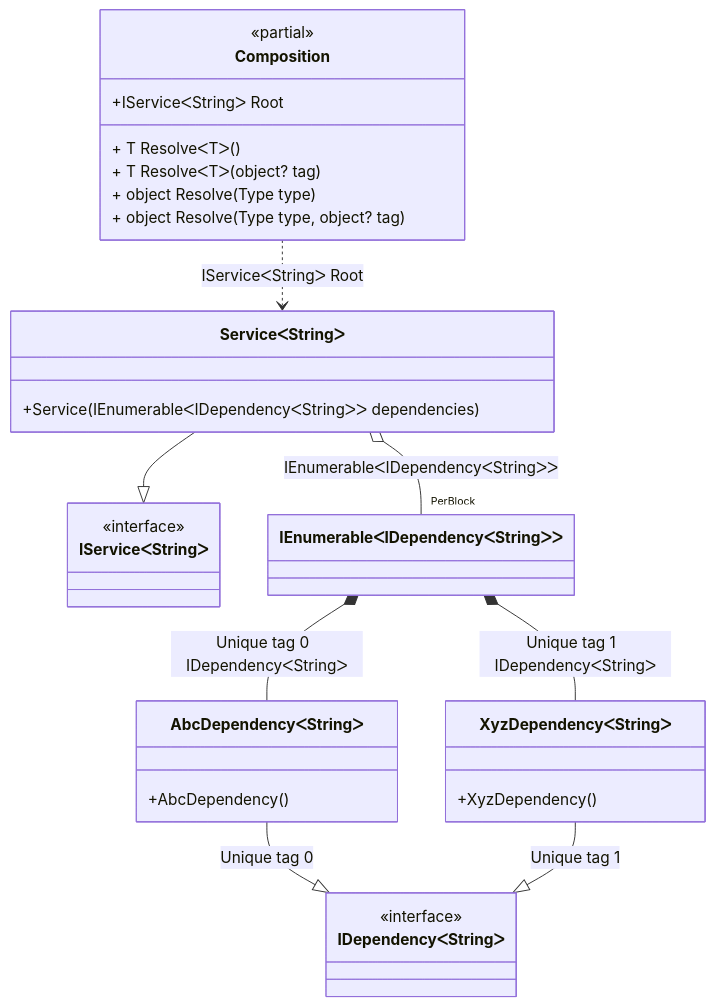
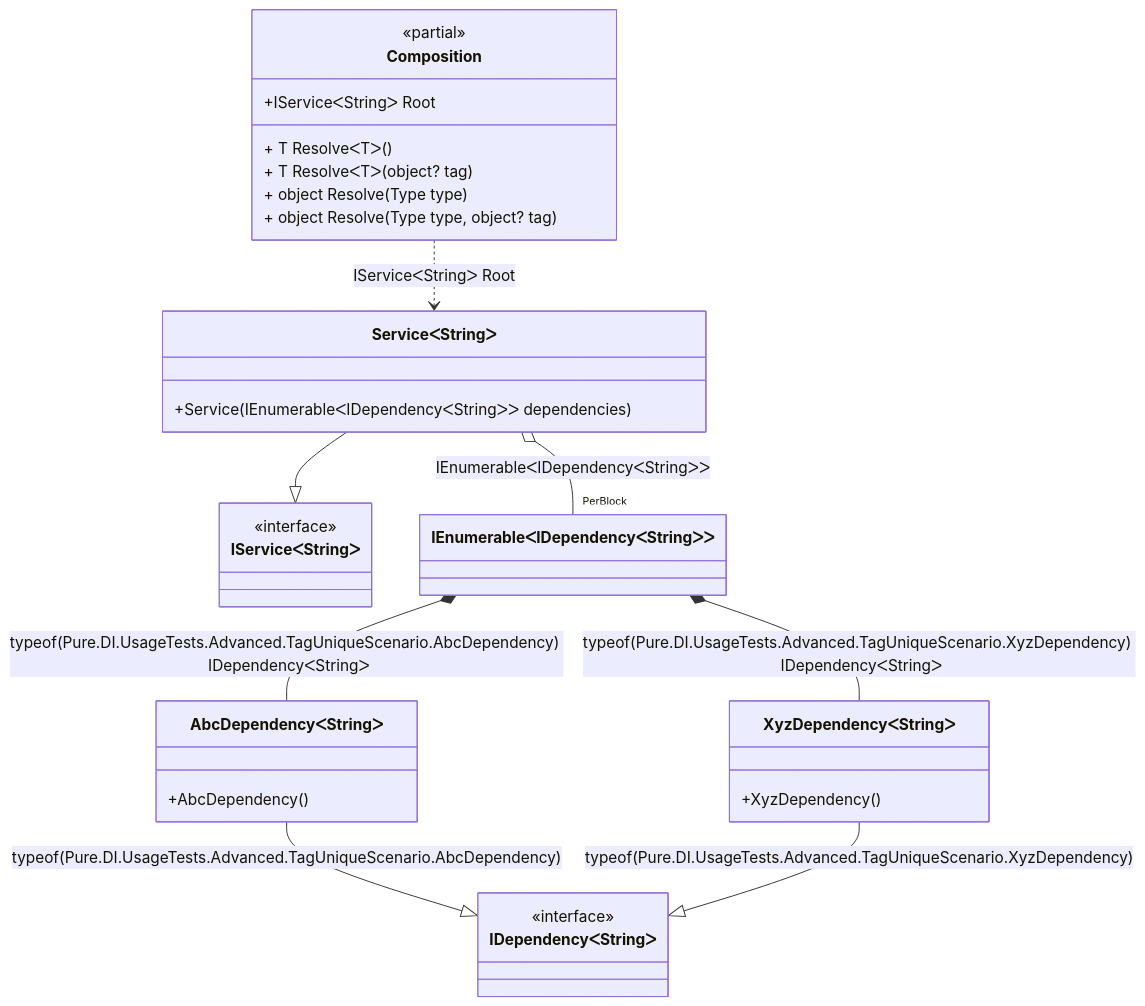
The diagram in readme/tag-unique.md (DevTeam/Pure.DI), drawn with Mermaid before and after one commit. The commit also changed 48 other files, not shown here.

````diff
--- a/readme/tag-unique.md
+++ b/readme/tag-unique.md
@@ -191,34 +191,34 @@
 ```mermaid
 classDiagram
 	class Composition {
 		<<partial>>
 		+IServiceᐸStringᐳ Root
 		+ T ResolveᐸTᐳ()
 		+ T ResolveᐸTᐳ(object? tag)
 		+ object Resolve(Type type)
 		+ object Resolve(Type type, object? tag)
 	}
 	ServiceᐸStringᐳ --|> IServiceᐸStringᐳ
 	class ServiceᐸStringᐳ {
 		+Service(IEnumerableᐸIDependencyᐸStringᐳᐳ dependencies)
 	}
 	class IEnumerableᐸIDependencyᐸStringᐳᐳ
-	AbcDependencyᐸStringᐳ --|> IDependencyᐸStringᐳ : Unique tag 0 
+	AbcDependencyᐸStringᐳ --|> IDependencyᐸStringᐳ : typeof(Pure.DI.UsageTests.Advanced.TagUniqueScenario.AbcDependency<Pure.DI.TT>) 
 	class AbcDependencyᐸStringᐳ {
 		+AbcDependency()
 	}
-	XyzDependencyᐸStringᐳ --|> IDependencyᐸStringᐳ : Unique tag 1 
+	XyzDependencyᐸStringᐳ --|> IDependencyᐸStringᐳ : typeof(Pure.DI.UsageTests.Advanced.TagUniqueScenario.XyzDependency<Pure.DI.TT>) 
 	class XyzDependencyᐸStringᐳ {
 		+XyzDependency()
 	}
 	class IServiceᐸStringᐳ {
 		<<interface>>
 	}
 	class IDependencyᐸStringᐳ {
 		<<interface>>
 	}
 	Composition ..> ServiceᐸStringᐳ : IServiceᐸStringᐳ Root
 	ServiceᐸStringᐳ o-- "PerBlock" IEnumerableᐸIDependencyᐸStringᐳᐳ : IEnumerableᐸIDependencyᐸStringᐳᐳ
-	IEnumerableᐸIDependencyᐸStringᐳᐳ *--  AbcDependencyᐸStringᐳ : Unique tag 0  IDependencyᐸStringᐳ
-	IEnumerableᐸIDependencyᐸStringᐳᐳ *--  XyzDependencyᐸStringᐳ : Unique tag 1  IDependencyᐸStringᐳ
+	IEnumerableᐸIDependencyᐸStringᐳᐳ *--  AbcDependencyᐸStringᐳ : typeof(Pure.DI.UsageTests.Advanced.TagUniqueScenario.AbcDependency<Pure.DI.TT>)  IDependencyᐸStringᐳ
+	IEnumerableᐸIDependencyᐸStringᐳᐳ *--  XyzDependencyᐸStringᐳ : typeof(Pure.DI.UsageTests.Advanced.TagUniqueScenario.XyzDependency<Pure.DI.TT>)  IDependencyᐸStringᐳ
 ```
````
